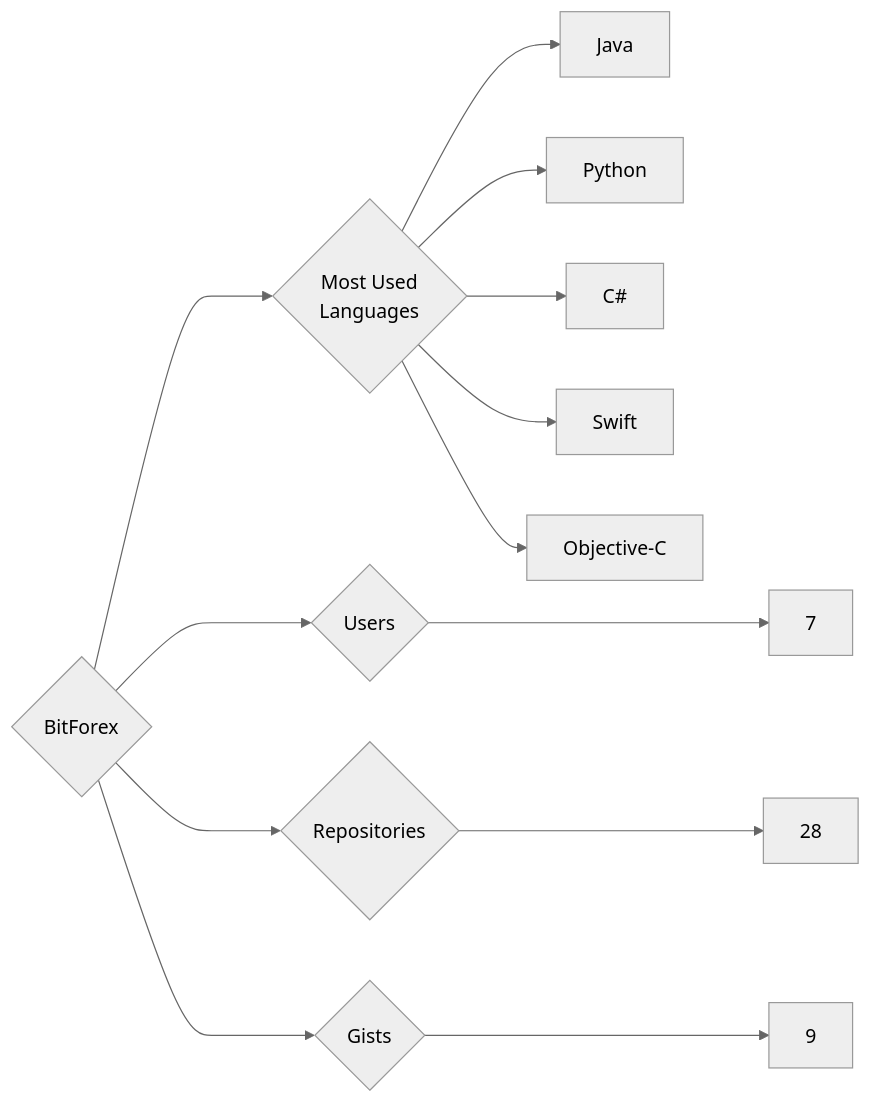
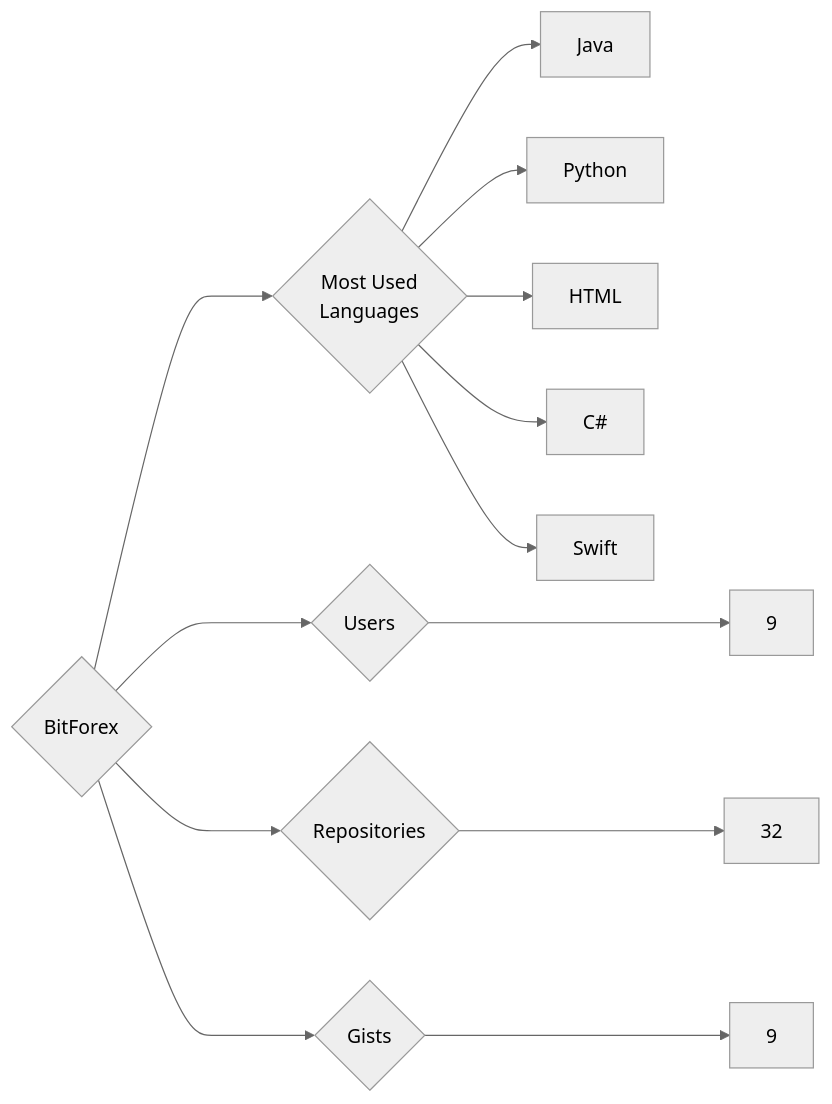
One commit to trickest/insiders changed the diagram in targets/BitForex/README.md. Above: the diagram before and after it, drawn with Mermaid (neutral theme). The commit also changed 1212 other files, not shown here.

````diff
--- a/targets/BitForex/README.md
+++ b/targets/BitForex/README.md
@@ -3,13 +3,13 @@
 ```mermaid
 graph LR
 COMPANY_NAME{BitForex}
-COMPANY_NAME ---> U{Users} ---> UN[7]
-COMPANY_NAME ---> R{Repositories} ---> RN[28]
+COMPANY_NAME ---> U{Users} ---> UN[9]
+COMPANY_NAME ---> R{Repositories} ---> RN[32]
 COMPANY_NAME ---> G{Gists} ---> GN[9]
 COMPANY_NAME ---> ML{Most Used<br>Languages}
 ML --> Java[Java]
 ML --> Python[Python]
+ML --> HTML[HTML]
 ML --> C#[C#]
 ML --> Swift[Swift]
-ML --> Objective-C[Objective-C]
 ```
````
